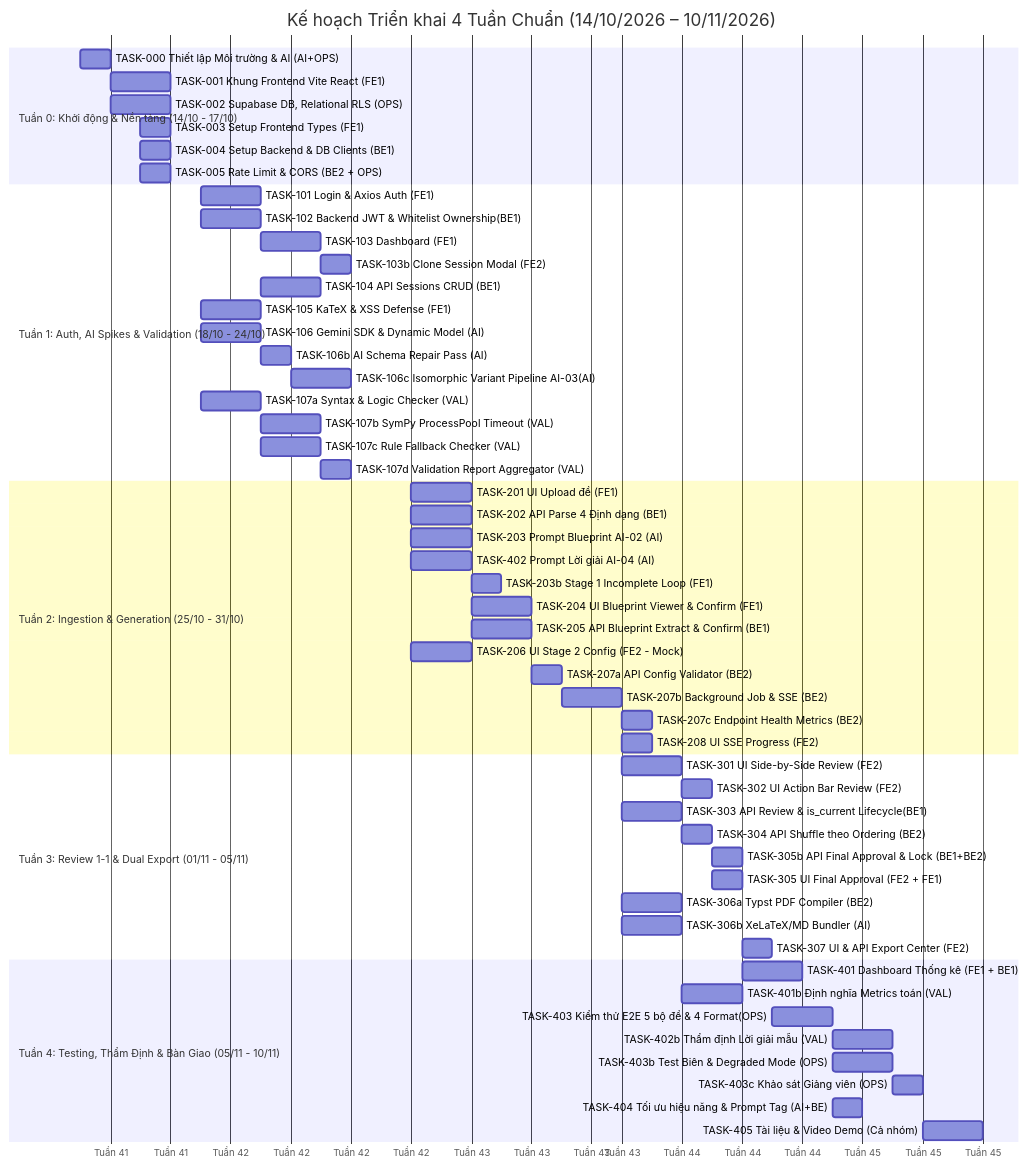
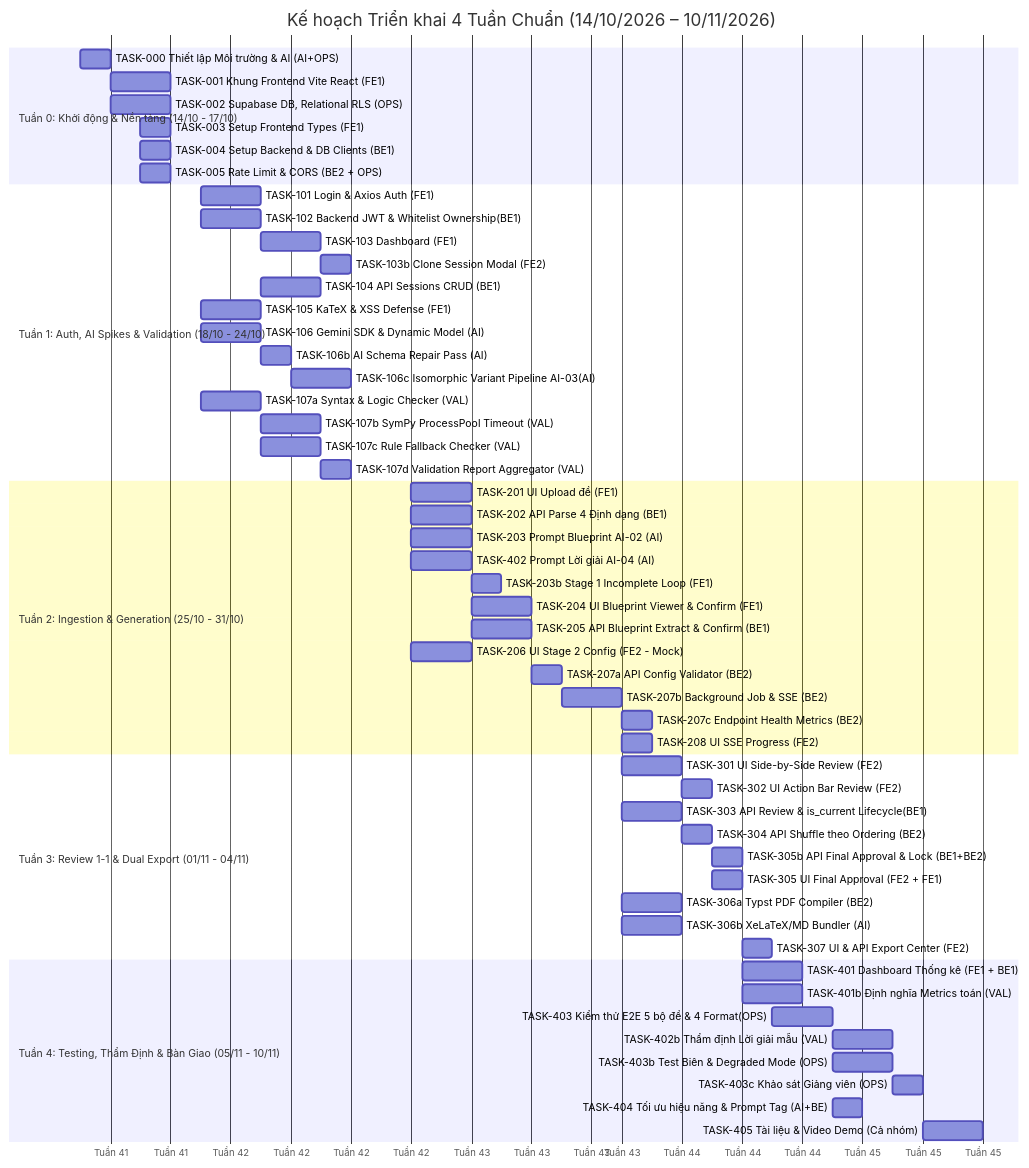
The diagram in docs/planning.md (Computational-Thinking-Project/isomorphic-exam-synthesizer), drawn with Mermaid before and after one commit. The commit also changed other lines of this file and 3 other files, not shown here.

Commit message:
docs(sync): resolve 12 P0/P1 consistency issues across architecture and planning docs

````diff
--- a/docs/planning.md
+++ b/docs/planning.md
@@ -1244,64 +1372,64 @@
 ```mermaid
 gantt
     title Kế hoạch Triển khai 4 Tuần Chuẩn (14/10/2026 – 10/11/2026)
     dateFormat  YYYY-MM-DD
     axisFormat  Tuần %W
 
     section Tuần 0: Khởi động & Nền tảng (14/10 - 17/10)
     TASK-000 Thiết lập Môi trường & AI (AI+OPS)  :t000, 2026-10-14, 1d
     TASK-001 Khung Frontend Vite React (FE1)     :t001, 2026-10-15, 2d
     TASK-002 Supabase DB, Relational RLS (OPS)   :t002, 2026-10-15, 2d
     TASK-003 Setup Frontend Types (FE1)          :t003, 2026-10-16, 1d
     TASK-004 Setup Backend & DB Clients (BE1)    :t004, 2026-10-16, 1d
     TASK-005 Rate Limit & CORS (BE2 + OPS)       :t005, 2026-10-16, 1d
 
     section Tuần 1: Auth, AI Spikes & Validation (18/10 - 24/10)
     TASK-101 Login & Axios Auth (FE1)            :t101, 2026-10-18, 2d
     TASK-102 Backend JWT & Whitelist Ownership(BE1):t102, 2026-10-18, 2d
     TASK-103 Dashboard (FE1)                     :t103, after t101, 2d
     TASK-103b Clone Session Modal (FE2)          :t103b, after t103, 1d
     TASK-104 API Sessions CRUD (BE1)             :t104, after t102, 2d
     TASK-105 KaTeX & XSS Defense (FE1)           :t105, 2026-10-18, 2d
     TASK-106 Gemini SDK & Dynamic Model (AI)     :t106, 2026-10-18, 2d
     TASK-106b AI Schema Repair Pass (AI)         :t106b, after t106, 1d
     TASK-106c Isomorphic Variant Pipeline AI-03(AI):t106c, after t106b, 2d
     TASK-107a Syntax & Logic Checker (VAL)       :t107a, 2026-10-18, 2d
     TASK-107b SymPy ProcessPool Timeout (VAL)    :t107b, after t107a, 2d
     TASK-107c Rule Fallback Checker (VAL)        :t107c, after t107a, 2d
     TASK-107d Validation Report Aggregator (VAL) :t107d, after t107b t107c, 1d
 
     section Tuần 2: Ingestion & Generation (25/10 - 31/10)
     TASK-201 UI Upload đề (FE1)                  :t201, 2026-10-25, 2d
     TASK-202 API Parse 4 Định dạng (BE1)         :t202, 2026-10-25, 2d
     TASK-203 Prompt Blueprint AI-02 (AI)         :t203, 2026-10-25, 2d
     TASK-402 Prompt Lời giải AI-04 (AI)          :t402, 2026-10-25, 2d
     TASK-203b Stage 1 Incomplete Loop (FE1)      :t203b, after t201 t202, 1d
     TASK-204 UI Blueprint Viewer & Confirm (FE1) :t204, after t201 t203, 2d
     TASK-205 API Blueprint Extract & Confirm (BE1):t205, after t202 t203, 2d
     TASK-206 UI Stage 2 Config (FE2 - Mock)      :t206, 2026-10-25, 2d
     TASK-207a API Config Validator (BE2)         :t207a, after t205, 1d
     TASK-207b Background Job & SSE (BE2)         :t207b, after t106c t107d t207a t402, 2d
     TASK-207c Endpoint Health Metrics (BE2)      :t207c, after t207b, 1d
     TASK-208 UI SSE Progress (FE2)               :t208, after t206 t207b, 1d
 
-    section Tuần 3: Review 1-1 & Dual Export (01/11 - 05/11)
+    section Tuần 3: Review 1-1 & Dual Export (01/11 - 04/11)
     TASK-301 UI Side-by-Side Review (FE2)        :t301, 2026-11-01, 2d
     TASK-302 UI Action Bar Review (FE2)          :t302, after t301, 1d
     TASK-303 API Review & is_current Lifecycle(BE1):t303, 2026-11-01, 2d
     TASK-304 API Shuffle theo Ordering (BE2)     :t304, after t303, 1d
     TASK-305b API Final Approval & Lock (BE1+BE2):t305b, after t304, 1d
     TASK-305 UI Final Approval (FE2 + FE1)       :t305, after t302 t304, 1d
     TASK-306a Typst PDF Compiler (BE2)           :t306a, 2026-11-01, 2d
     TASK-306b XeLaTeX/MD Bundler (AI)            :t306b, 2026-11-01, 2d
     TASK-307 UI & API Export Center (FE2)        :t307, after t305 t305b t306a t306b, 1d
 
     section Tuần 4: Testing, Thẩm Định & Bàn Giao (05/11 - 10/11)
     TASK-401 Dashboard Thống kê (FE1 + BE1)      :t401, 2026-11-05, 2d
-    TASK-401b Định nghĩa Metrics toán (VAL)      :t401b, 2026-11-03, 2d
+    TASK-401b Định nghĩa Metrics toán (VAL)      :t401b, 2026-11-05, 2d
     TASK-403 Kiểm thử E2E 5 bộ đề & 4 Format(OPS):t403, after t307, 2d
     TASK-402b Thẩm định Lời giải mẫu (VAL)       :t402b, after t403, 2d
     TASK-403b Test Biên & Degraded Mode (OPS)    :t403b, after t403, 2d
     TASK-403c Khảo sát Giảng viên (OPS)          :t403c, after t403b, 1d
     TASK-404 Tối ưu hiệu năng & Prompt Tag (AI+BE):t404, after t403, 1d
     TASK-405 Tài liệu & Video Demo (Cả nhóm)     :t405, after t402b t403c t404, 2d
 ```
````
